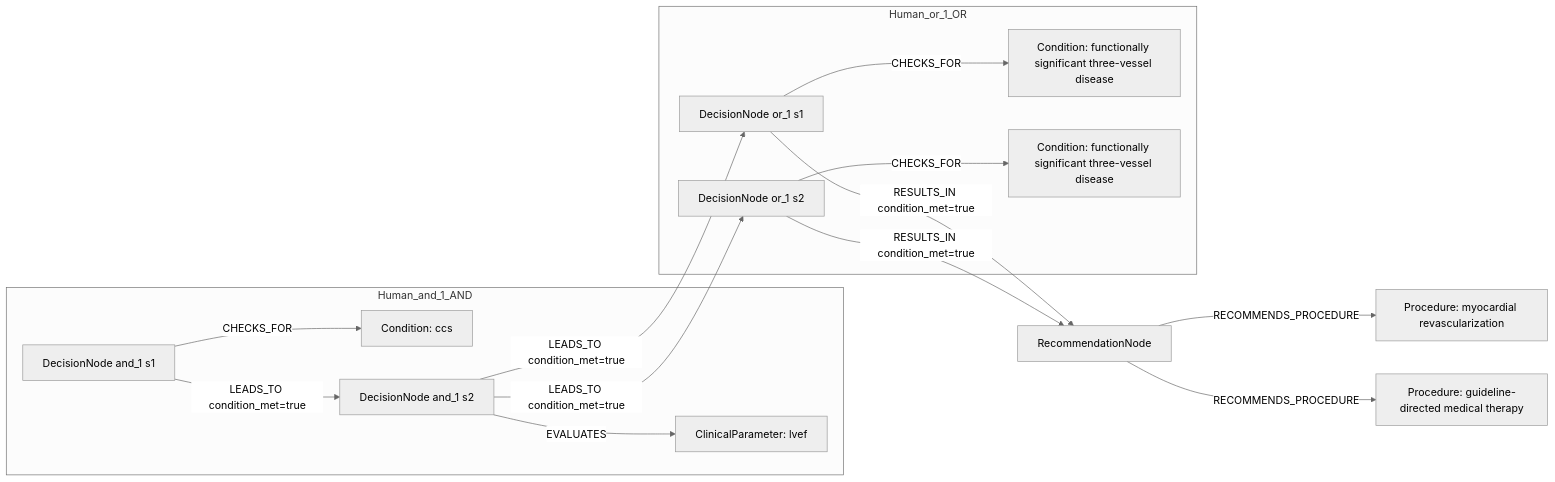
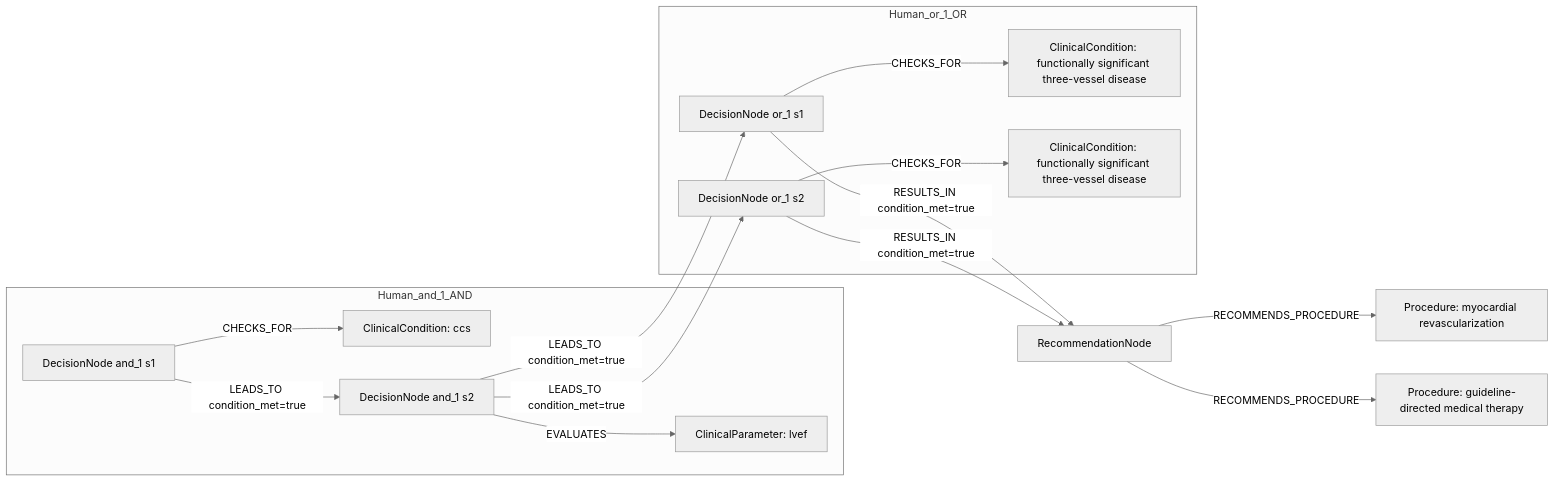
The first of 2 diagrams in docs/table22_rows_comparison/row_08.md (dieterich-lab/CardioGuidelinesGraph), drawn with Mermaid (neutral theme) before and after one commit. The commit also changed other lines of this file and 20 other files, not shown here.

````diff
--- a/docs/table22_rows_comparison/row_08.md
+++ b/docs/table22_rows_comparison/row_08.md
@@ -400,29 +302,29 @@
 ```mermaid
 graph LR
   REC[RecommendationNode]
   ACT1[Procedure: myocardial revascularization]
   REC -->|RECOMMENDS_PROCEDURE| ACT1
   ACT2[Procedure: guideline-directed medical therapy]
   REC -->|RECOMMENDS_PROCEDURE| ACT2
   subgraph Human_and_1_AND
     D_and_1_1[DecisionNode and_1 s1]
-    C_and_1_1[Condition: ccs]
+    C_and_1_1[ClinicalCondition: ccs]
     D_and_1_1 -->|CHECKS_FOR| C_and_1_1
     D_and_1_2[DecisionNode and_1 s2]
     C_and_1_2[ClinicalParameter: lvef]
     D_and_1_2 -->|EVALUATES| C_and_1_2
     D_and_1_1 -->|LEADS_TO condition_met=true| D_and_1_2
   end
   subgraph Human_or_1_OR
     D_or_1_1[DecisionNode or_1 s1]
-    C_or_1_1[Condition: functionally significant three-vessel disease]
+    C_or_1_1[ClinicalCondition: functionally significant three-vessel disease]
     D_or_1_1 -->|CHECKS_FOR| C_or_1_1
     D_or_1_2[DecisionNode or_1 s2]
-    C_or_1_2[Condition: functionally significant three-vessel disease]
+    C_or_1_2[ClinicalCondition: functionally significant three-vessel disease]
     D_or_1_2 -->|CHECKS_FOR| C_or_1_2
     D_and_1_2 -->|LEADS_TO condition_met=true| D_or_1_1
     D_and_1_2 -->|LEADS_TO condition_met=true| D_or_1_2
   end
   D_or_1_1 -->|RESULTS_IN condition_met=true| REC
   D_or_1_2 -->|RESULTS_IN condition_met=true| REC
 ```
````
